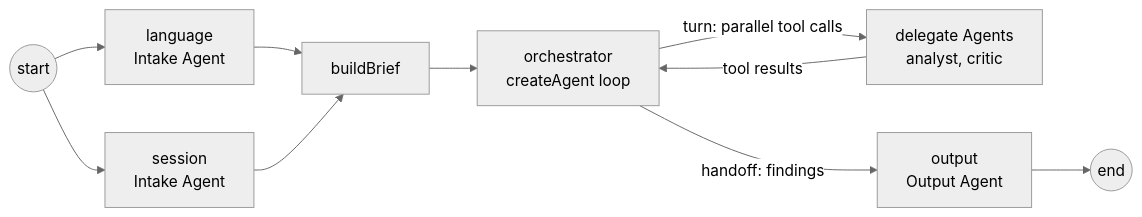
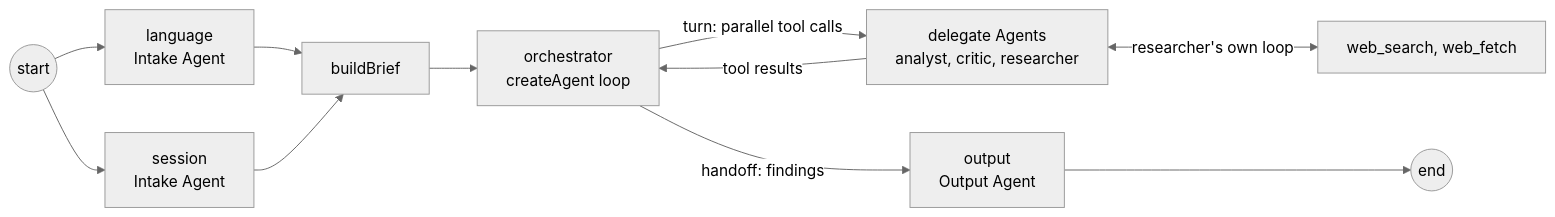
One commit to itsDaiton/nebula-chat changed the seventh of 9 diagrams in docs/architecture.md. Above: the diagram before and after it, drawn with Mermaid (neutral theme). The commit also changed other lines of this file and 33 other files, not shown here.

Commit message:
feat(worker): NEB-363 web_search and web_fetch tools for delegate Agents (#708)

````diff
--- a/docs/architecture.md
+++ b/docs/architecture.md
@@ -362,12 +362,13 @@
 ```mermaid
 flowchart LR
   start((start)) --> ld[language<br/>Intake Agent]
   start --> ss[session<br/>Intake Agent]
   ld --> brief[buildBrief]
   ss --> brief
   brief --> orch[orchestrator<br/>createAgent loop]
-  orch -->|turn: parallel tool calls| dg[delegate Agents<br/>analyst, critic]
+  orch -->|turn: parallel tool calls| dg[delegate Agents<br/>analyst, critic, researcher]
   dg -->|tool results| orch
+  dg <-->|researcher's own loop| web[web_search, web_fetch]
   orch -->|handoff: findings| out[output<br/>Output Agent]
   out --> done((end))
 ```
````
